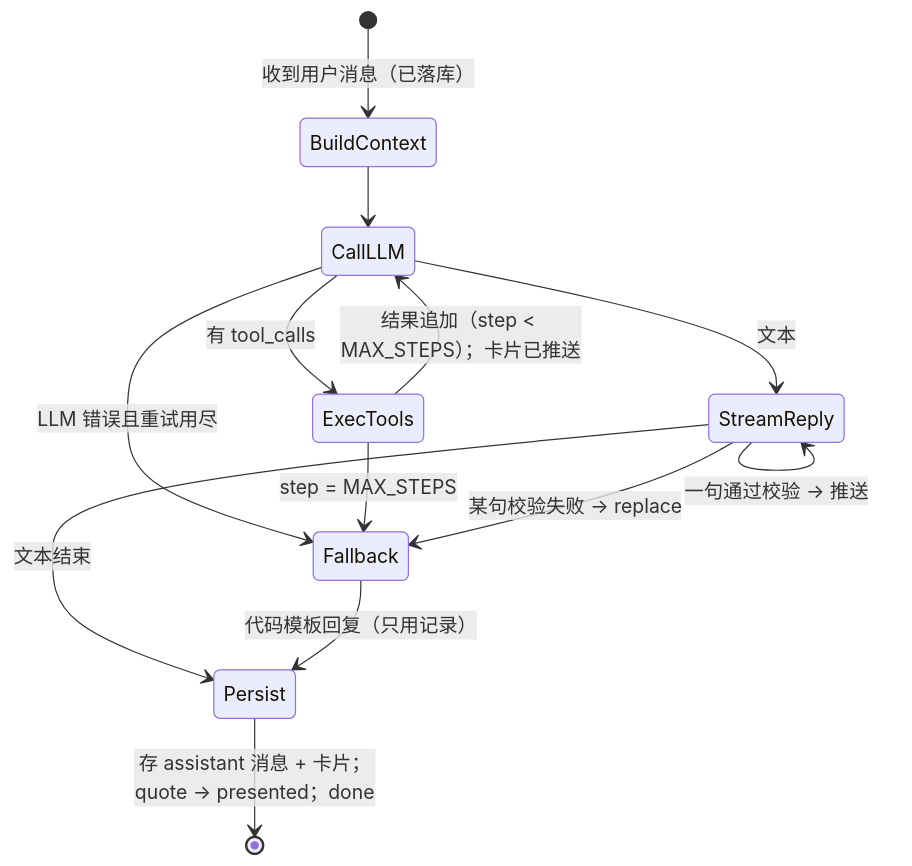
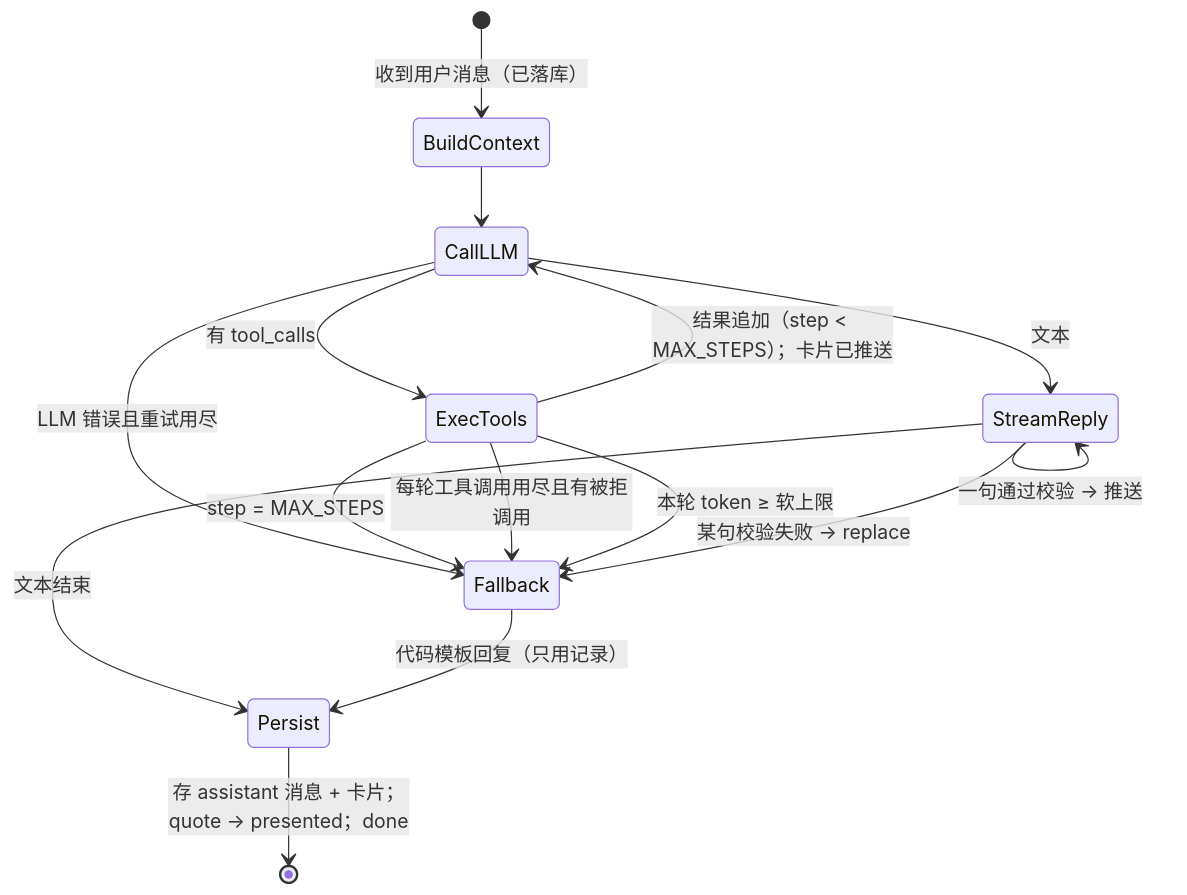
The fourth of 7 diagrams in docs/design/design.md (chux0519/ocean-above), drawn with Mermaid before and after one commit. The commit also changed other lines of this file and 1 other file, not shown here.

````diff
--- a/docs/design/design.md
+++ b/docs/design/design.md
@@ -174,15 +174,17 @@
 ```mermaid
 stateDiagram-v2
   [*] --> BuildContext: 收到用户消息（已落库）
   BuildContext --> CallLLM
   CallLLM --> ExecTools: 有 tool_calls
   CallLLM --> StreamReply: 文本
   CallLLM --> Fallback: LLM 错误且重试用尽
   ExecTools --> CallLLM: 结果追加（step < MAX_STEPS）；卡片已推送
   ExecTools --> Fallback: step = MAX_STEPS
+  ExecTools --> Fallback: 每轮工具调用用尽且有被拒调用
+  ExecTools --> Fallback: 本轮 token ≥ 软上限
   StreamReply --> StreamReply: 一句通过校验 → 推送
   StreamReply --> Fallback: 某句校验失败 → replace
   StreamReply --> Persist: 文本结束
   Fallback --> Persist: 代码模板回复（只用记录）
   Persist --> [*]: 存 assistant 消息 + 卡片；quote → presented；done
 ```
````
